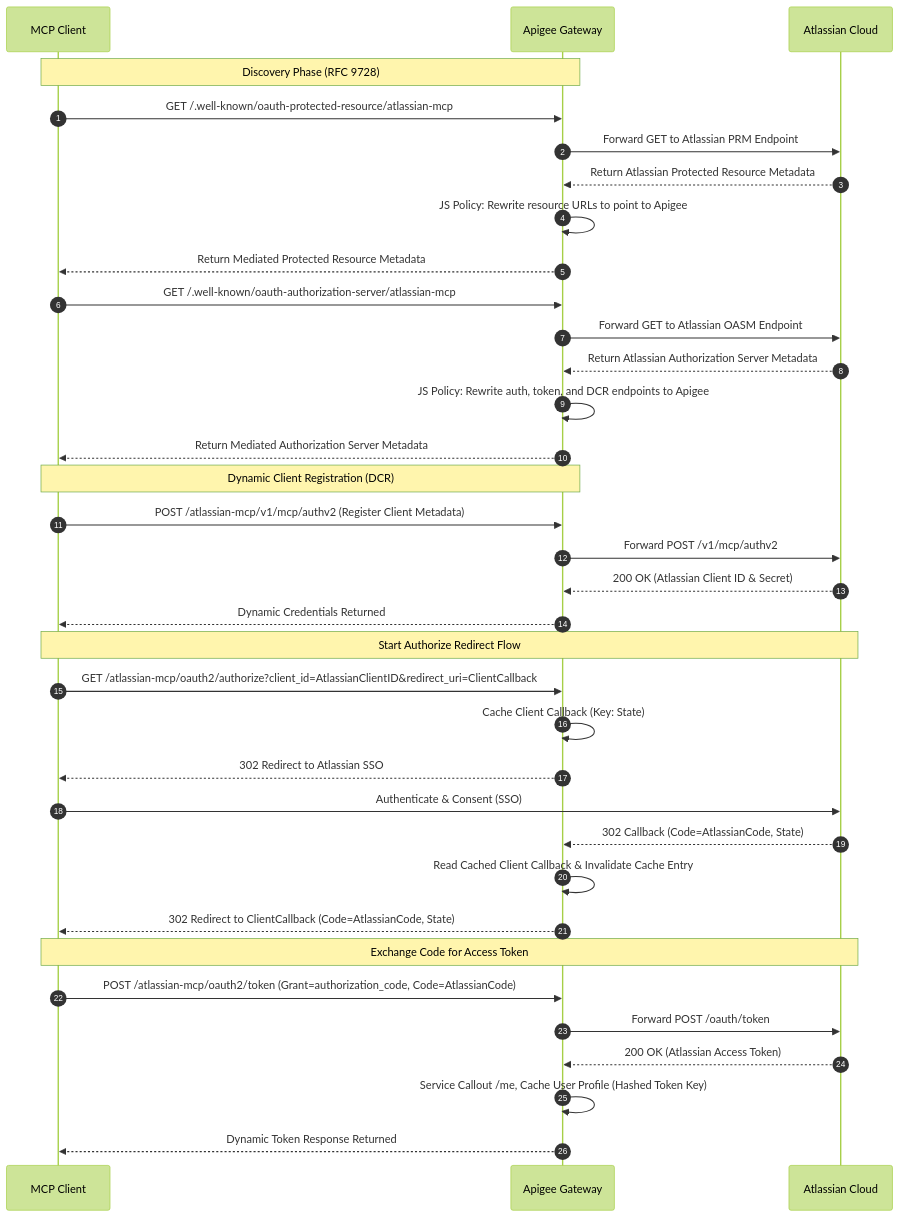
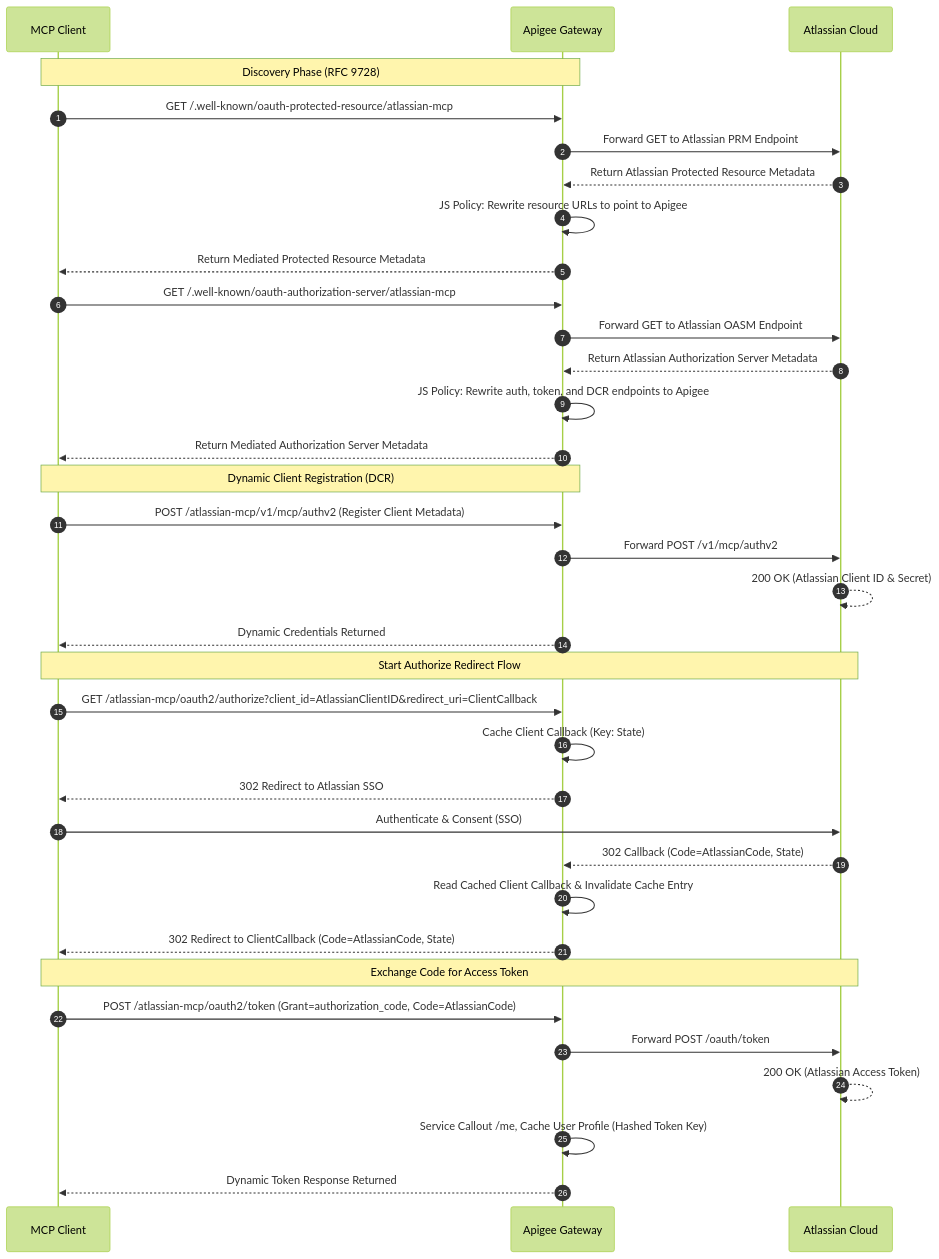
The first of 4 diagrams in README.md (ra2085/apigee-atl-mcp), drawn with Mermaid (forest theme) before and after one commit. The commit also changed other lines of this file and 60 other files, not shown here.

````diff
--- a/README.md
+++ b/README.md
@@ -20,43 +21,43 @@
 ```mermaid
 sequenceDiagram
     autonumber
     participant Client as MCP Client
     participant Apigee as Apigee Gateway
     participant Atlassian as Atlassian Cloud
 
     Note over Client, Apigee: Discovery Phase (RFC 9728)
     Client->>Apigee: GET /.well-known/oauth-protected-resource/atlassian-mcp
     Apigee->>Atlassian: Forward GET to Atlassian PRM Endpoint
     Atlassian-->>Apigee: Return Atlassian Protected Resource Metadata
     Apigee->>Apigee: JS Policy: Rewrite resource URLs to point to Apigee
     Apigee-->>Client: Return Mediated Protected Resource Metadata
     
     Client->>Apigee: GET /.well-known/oauth-authorization-server/atlassian-mcp
     Apigee->>Atlassian: Forward GET to Atlassian OASM Endpoint
     Atlassian-->>Apigee: Return Atlassian Authorization Server Metadata
     Apigee->>Apigee: JS Policy: Rewrite auth, token, and DCR endpoints to Apigee
     Apigee-->>Client: Return Mediated Authorization Server Metadata
 
     Note over Client, Apigee: Dynamic Client Registration (DCR)
     Client->>Apigee: POST /atlassian-mcp/v1/mcp/authv2 (Register Client Metadata)
     Apigee->>Atlassian: Forward POST /v1/mcp/authv2
-    Atlassian-->>Apigee: 200 OK (Atlassian Client ID & Secret)
+    Atlassian-->>Atlassian: 200 OK (Atlassian Client ID & Secret)
     Apigee-->>Client: Dynamic Credentials Returned
     
     Note over Client, Atlassian: Start Authorize Redirect Flow
     Client->>Apigee: GET /atlassian-mcp/oauth2/authorize?client_id=AtlassianClientID&redirect_uri=ClientCallback
     Apigee->>Apigee: Cache Client Callback (Key: State)
     Apigee-->>Client: 302 Redirect to Atlassian SSO
     
     Client->>Atlassian: Authenticate & Consent (SSO)
     Atlassian-->>Apigee: 302 Callback (Code=AtlassianCode, State)
     Apigee->>Apigee: Read Cached Client Callback & Invalidate Cache Entry
     Apigee-->>Client: 302 Redirect to ClientCallback (Code=AtlassianCode, State)
     
     Note over Client, Atlassian: Exchange Code for Access Token
     Client->>Apigee: POST /atlassian-mcp/oauth2/token (Grant=authorization_code, Code=AtlassianCode)
     Apigee->>Atlassian: Forward POST /oauth/token
-    Atlassian-->>Apigee: 200 OK (Atlassian Access Token)
+    Atlassian-->>Atlassian: 200 OK (Atlassian Access Token)
     Apigee->>Apigee: Service Callout /me, Cache User Profile (Hashed Token Key)
     Apigee-->>Client: Dynamic Token Response Returned
 ```
````
